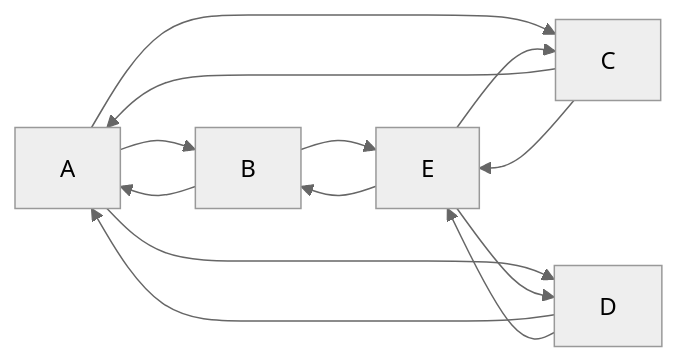
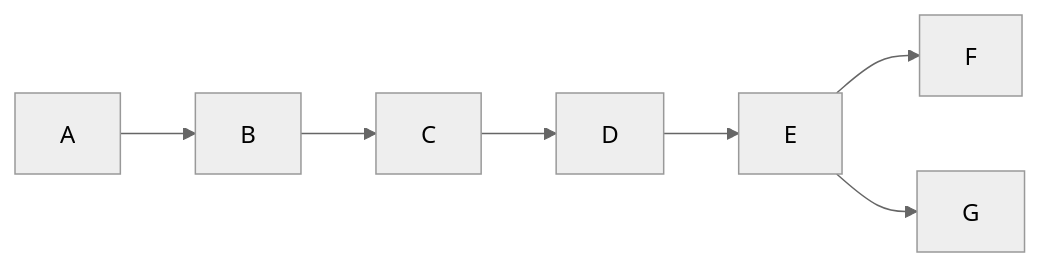
The diagram in id/id.mdx (Fantastic-Devs/Mintlify), drawn with Mermaid (neutral theme) before and after one commit.

````diff
--- a/id/id.mdx
+++ b/id/id.mdx
@@ -17,10 +17,10 @@
 ```mermaid
 
 graph LR;
-    A--> B & C & D;
-    B--> A & E;
-    C--> A & E;
-    D--> A & E;
-    E--> B & C & D;
+    A--> B;
+    B--> C;
+    C--> D;
+    D--> E;
+    E--> F & G;
 
 ```
````
